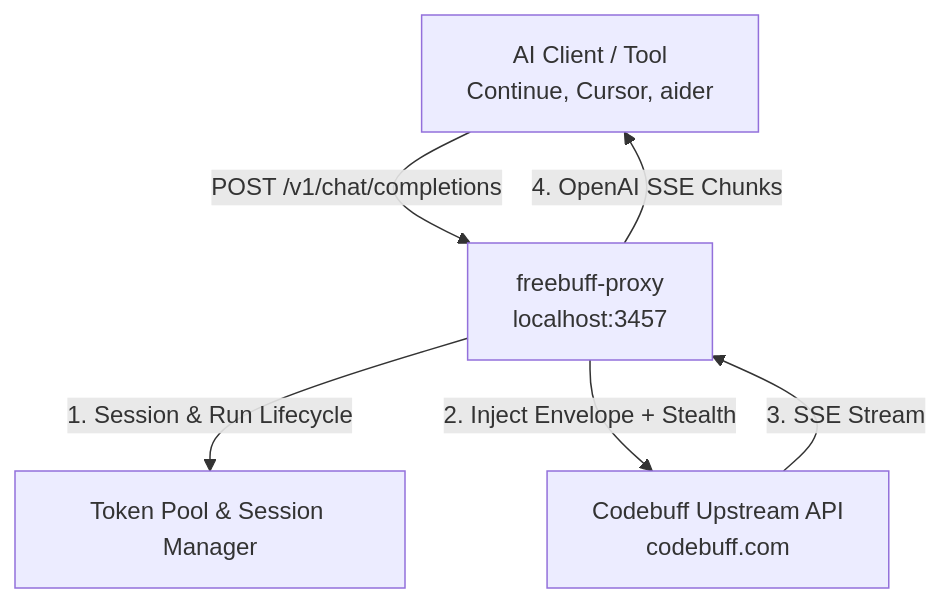
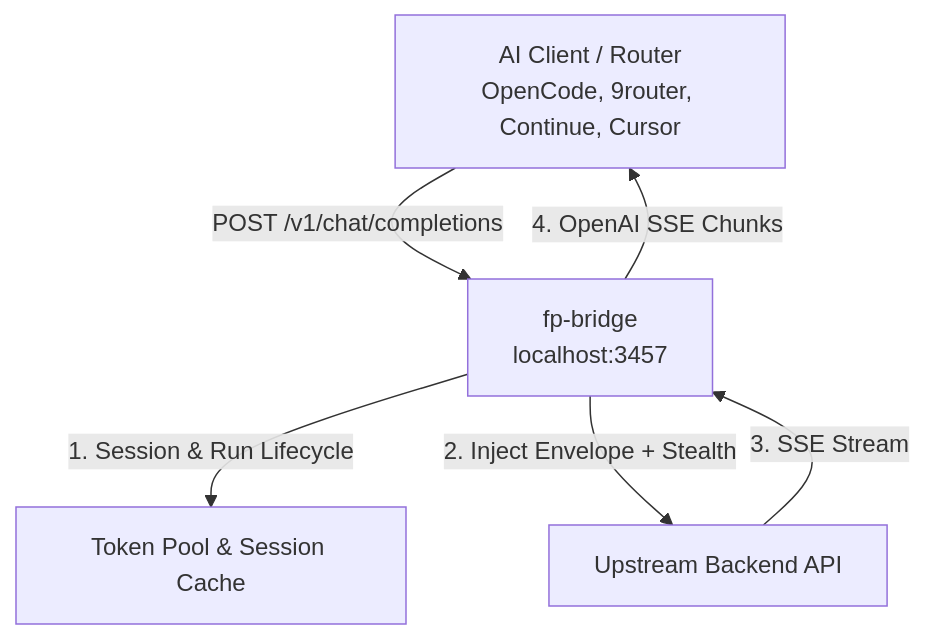
One commit to arsydoni4326-alt/freebuff-proxy changed the diagram in README.md. Above: the diagram before and after it, drawn with Mermaid. The commit also changed other lines of this file and 3 other files, not shown here.

````diff
--- a/README.md
+++ b/README.md
@@ -37,8 +30,8 @@
 ```mermaid
 graph TD
-    Client[AI Client / Tool<br/>Continue, Cursor, aider] -->|POST /v1/chat/completions| Proxy[freebuff-proxy<br/>localhost:3457]
-    Proxy -->|1. Session & Run Lifecycle| Pool[Token Pool & Session Manager]
-    Proxy -->|2. Inject Envelope + Stealth| Upstream[Codebuff Upstream API<br/>codebuff.com]
+    Client[AI Client / Router<br/>OpenCode, 9router, Continue, Cursor] -->|POST /v1/chat/completions| Proxy[fp-bridge<br/>localhost:3457]
+    Proxy -->|1. Session & Run Lifecycle| Pool[Token Pool & Session Cache]
+    Proxy -->|2. Inject Envelope + Stealth| Upstream[Upstream Backend API]
     Upstream -->|3. SSE Stream| Proxy
     Proxy -->|4. OpenAI SSE Chunks| Client
 ```
````
